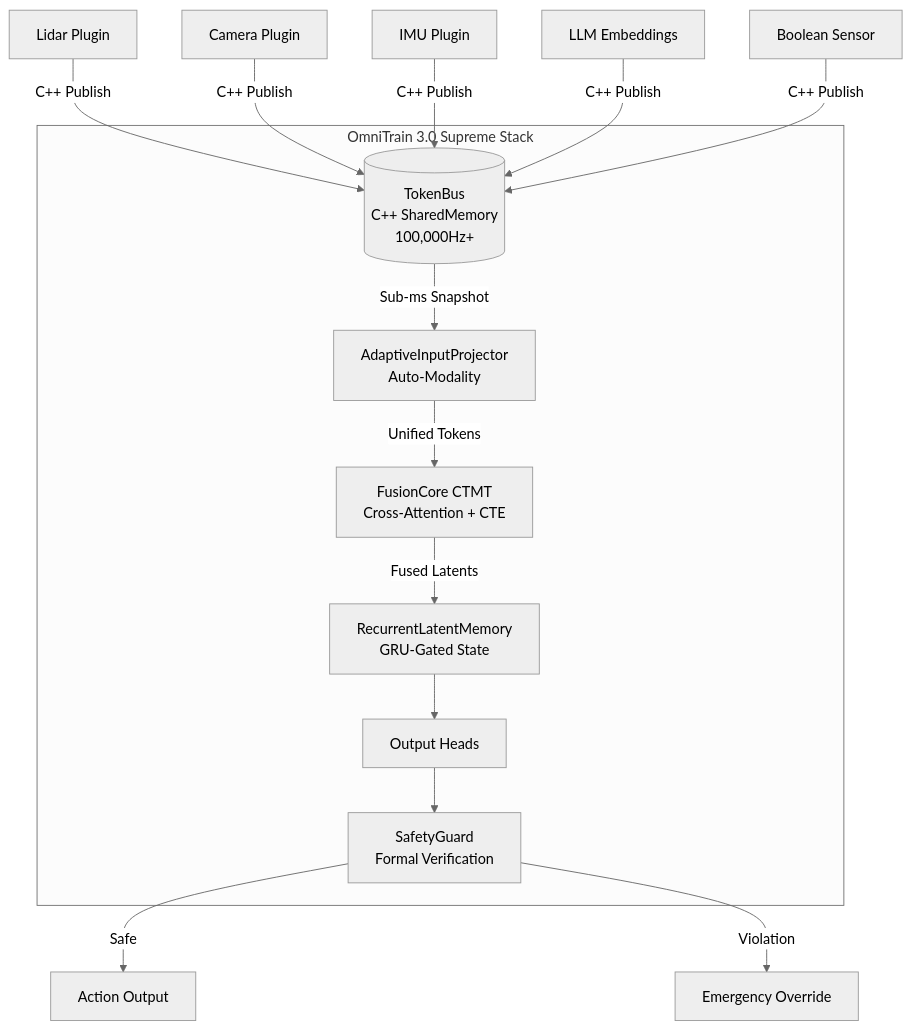
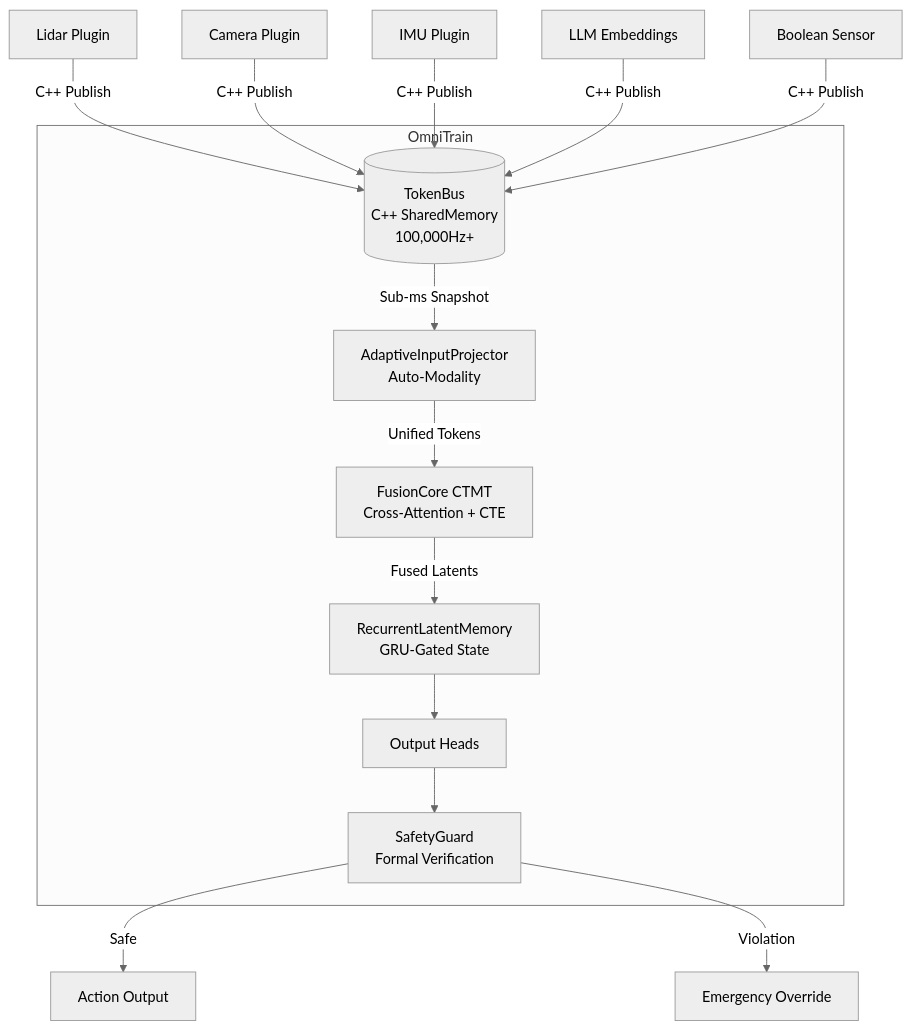
Before and after one commit to Mrmyms/Omnitrain: the diagram in DETAILS.md, drawn with Mermaid (neutral theme).

````diff
--- a/DETAILS.md
+++ b/DETAILS.md
@@ -11,26 +11,26 @@
 ```mermaid
 graph TD
     S1[ Lidar Plugin] -->|C++ Publish| TB[(TokenBus<br>C++ SharedMemory<br>100,000Hz+)]
     S2[ Camera Plugin] -->|C++ Publish| TB
     S3[ IMU Plugin] -->|C++ Publish| TB
     S4[ LLM Embeddings] -->|C++ Publish| TB
     S5[ Boolean Sensor] -->|C++ Publish| TB
 
     TB -->|Sub-ms Snapshot| AIP[AdaptiveInputProjector<br>Auto-Modality]
     AIP -->|Unified Tokens| FC[FusionCore CTMT<br>Cross-Attention + CTE]
     FC -->|Fused Latents| RLM[RecurrentLatentMemory<br>GRU-Gated State]
     RLM --> OH[Output Heads]
     OH --> SG[SafetyGuard<br>Formal Verification]
     
     SG -->|Safe| ACT[Action Output]
     SG -->|Violation| EMR[Emergency Override]
     
-    subgraph "OmniTrain 3.0 Supreme Stack"
+    subgraph "OmniTrain"
         TB
         AIP
         FC
         RLM
         OH
         SG
     end
 ```
````
